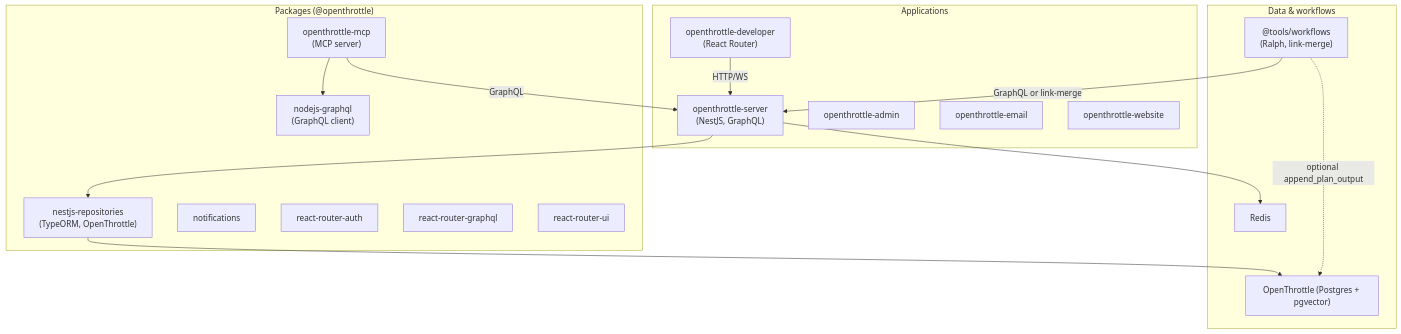
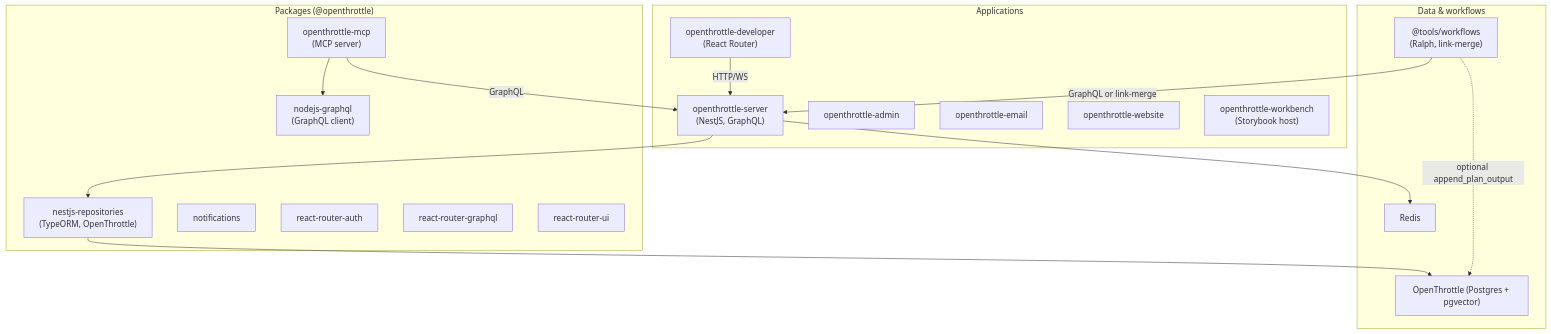
Before and after one commit to OpenThrottle/monorepo: the first of 2 diagrams in docs/openthrottle/monorepo-architecture.md, drawn with Mermaid. The commit also changed other lines of this file and 38 other files, not shown here.

````diff
--- a/docs/openthrottle/monorepo-architecture.md
+++ b/docs/openthrottle/monorepo-architecture.md
@@ -21,35 +11,36 @@
 ```mermaid
 flowchart TB
   subgraph Applications["Applications"]
     Server["openthrottle-server<br/>(NestJS, GraphQL)"]
     Developer["openthrottle-developer<br/>(React Router)"]
     Admin["openthrottle-admin"]
     Email["openthrottle-email"]
     Website["openthrottle-website"]
+    Workbench["openthrottle-workbench<br/>(Storybook host)"]
   end
 
   subgraph Packages["Packages (@openthrottle)"]
     MCP["openthrottle-mcp<br/>(MCP server)"]
     NodeGraphQL["nodejs-graphql<br/>(GraphQL client)"]
     NestRepos["nestjs-repositories<br/>(TypeORM, OpenThrottle)"]
     Notifications["notifications"]
     ReactRouterAuth["react-router-auth"]
     ReactRouterGraphQL["react-router-graphql"]
     ReactRouterUI["react-router-ui"]
   end
 
   subgraph Data["Data & workflows"]
     OpenThrottle["OpenThrottle (Postgres + pgvector)"]
     Redis["Redis"]
     Workflows["@tools/workflows<br/>(Ralph, link-merge)"]
   end
 
   Developer -->|HTTP/WS| Server
   MCP -->|GraphQL| Server
   MCP --> NodeGraphQL
   Server --> NestRepos
   NestRepos --> OpenThrottle
   Server --> Redis
   Workflows -->|GraphQL or link-merge| Server
   Workflows -.->|optional append_plan_output| OpenThrottle
 ```
````
